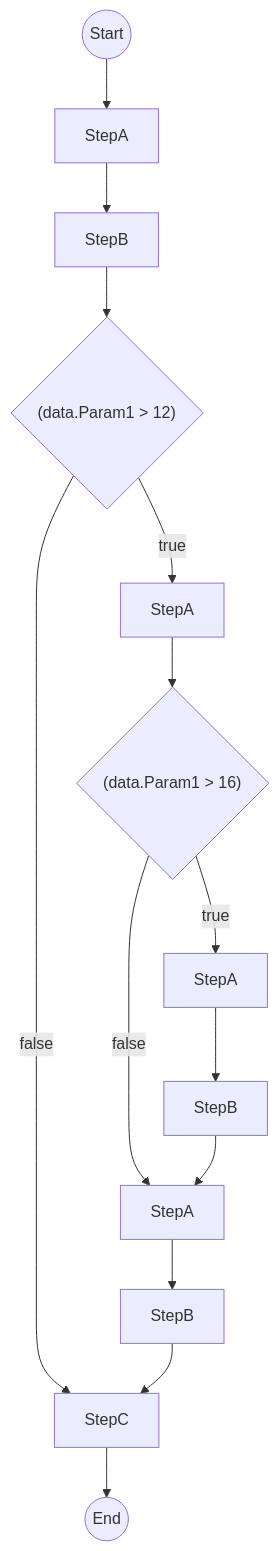
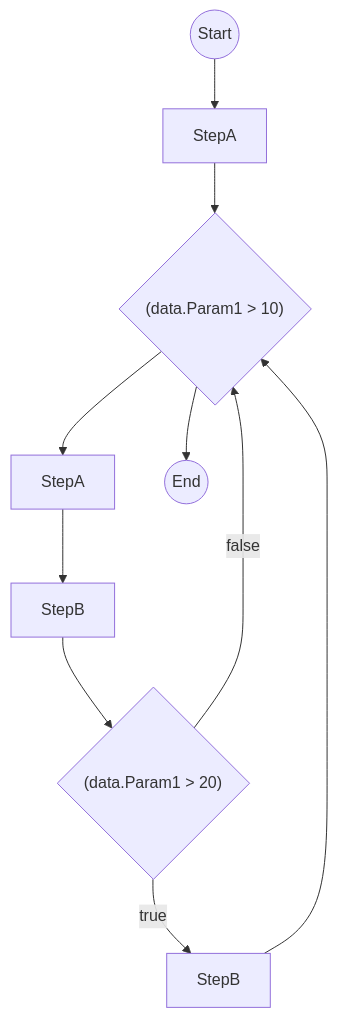
One commit to step-flow-platform/workflow-core-flowchart changed the diagram in src/WorkflowCoreFlowchart.Tests/flowchart.md. Above: the diagram before and after it, drawn with Mermaid. The commit also changed 5 other files, not shown here.

````diff
--- a/src/WorkflowCoreFlowchart.Tests/flowchart.md
+++ b/src/WorkflowCoreFlowchart.Tests/flowchart.md
@@ -1,29 +1,21 @@
 ```mermaid
 flowchart TB
 startNode((Start))
 0[StepA]
-1[StepB]
-2{"(data.Param1 > 12)"}
-3[StepA]
-4{"(data.Param1 > 16)"}
-5[StepA]
-6[StepB]
-7[StepA]
-8[StepB]
-9[StepC]
-10((End))
+1{"(data.Param1 > 10)"}
+2[StepA]
+3[StepB]
+4{"(data.Param1 > 20)"}
+5[StepB]
+6((End))
 
 startNode --> 0
 0 --> 1
+1 --> 6
 1 --> 2
-2 -->|false| 9
-2 -->|true| 3
+2 --> 3
 3 --> 4
-4 -->|false| 7
+4 -->|false| 1
 4 -->|true| 5
-5 --> 6
-6 --> 7
-7 --> 8
-8 --> 9
-9 --> 10
+5 --> 1
 ```
````
